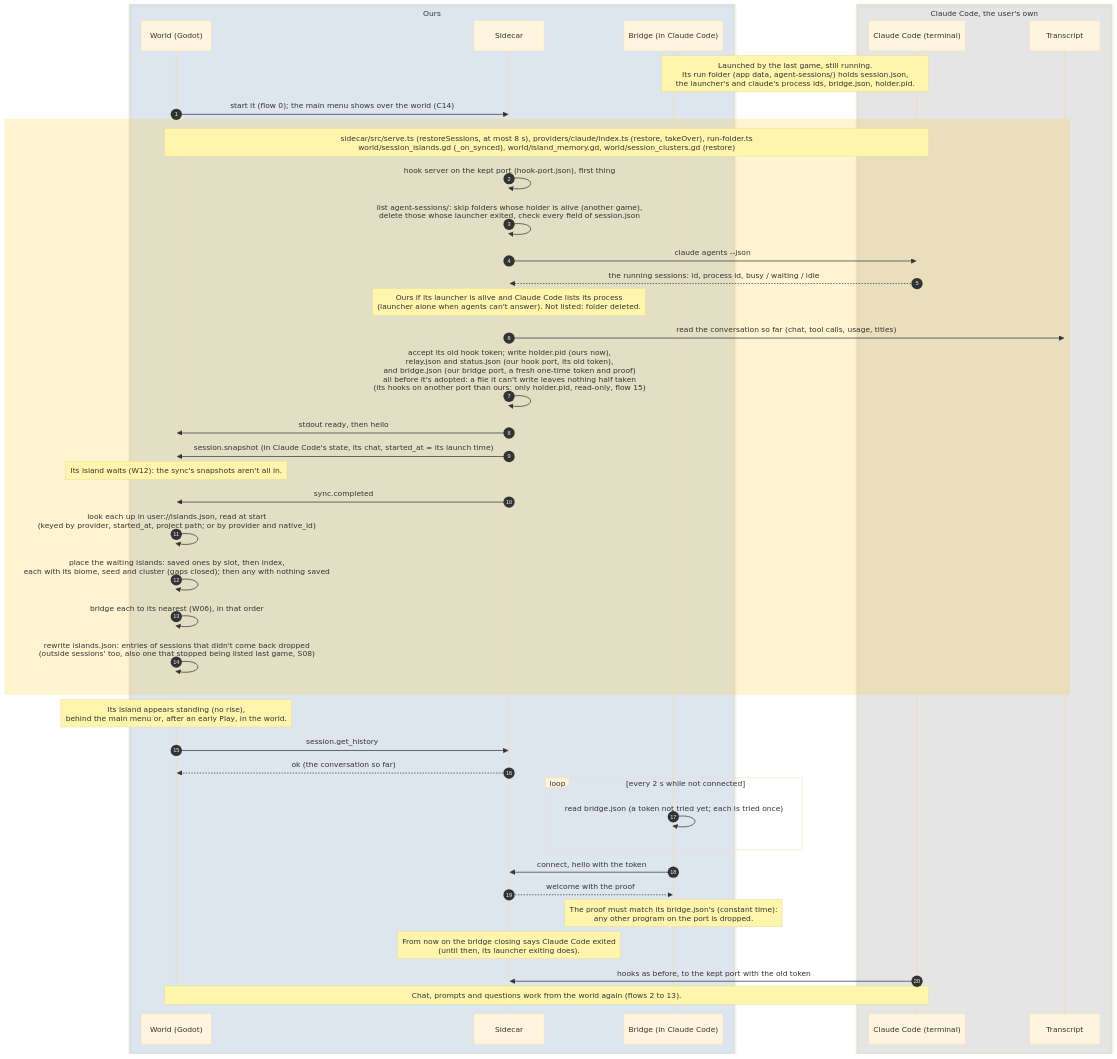
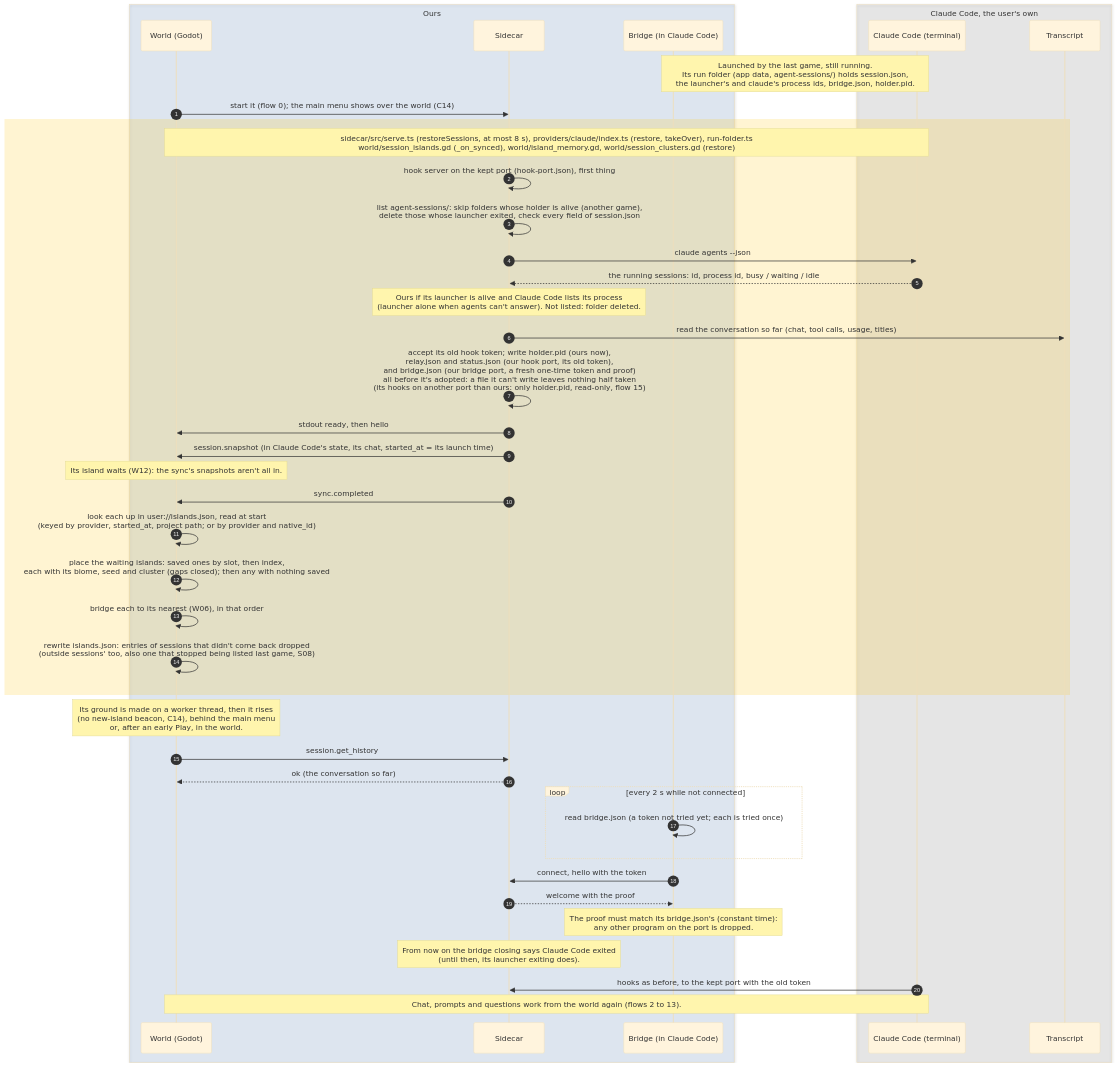
The diagram in docs/diagrams/sequence/14-reattach-after-restart.md (PaoloPortugal/The-Beach), drawn with Mermaid (base theme) before and after one commit. The commit also changed 8 other files, not shown here.

Commit message:
Docs: C14 live check passed, its three findings fixed (NOTES W01, W04, S07, S08, C14, Current focus; GUIDE; flows 0, 14, 16 and the flows index; dev log); re-check checklist

````diff
--- a/docs/diagrams/sequence/14-reattach-after-restart.md
+++ b/docs/diagrams/sequence/14-reattach-after-restart.md
@@ -8,48 +8,48 @@
 ```mermaid
 sequenceDiagram
     autonumber
 
     box rgba(47,111,191,0.12) Ours
         participant World as World (Godot)
         participant Sidecar
         participant Bridge as Bridge (in Claude Code)
     end
 
     box rgba(128,128,128,0.14) Claude Code, the user's own
         participant Claude as Claude Code (terminal)
         participant Log as Transcript
     end
 
     Note over Claude,Bridge: Launched by the last game, still running.<br/>Its run folder (app data, agent-sessions/) holds session.json,<br/>the launcher's and claude's process ids, bridge.json, holder.pid.
     World->>Sidecar: start it (flow 0)#59; the main menu shows over the world (C14)
     rect rgba(255,193,7,0.18)
         Note over World,Claude: sidecar/src/serve.ts (restoreSessions, at most 8 s), providers/claude/index.ts (restore, takeOver), run-folder.ts<br/>world/session_islands.gd (_on_synced), world/island_memory.gd, world/session_clusters.gd (restore)
         Sidecar->>Sidecar: hook server on the kept port (hook-port.json), first thing
         Sidecar->>Sidecar: list agent-sessions/: skip folders whose holder is alive (another game),<br/>delete those whose launcher exited, check every field of session.json
         Sidecar->>Claude: claude agents --json
         Claude-->>Sidecar: the running sessions: id, process id, busy / waiting / idle
         Note over Sidecar: Ours if its launcher is alive and Claude Code lists its process<br/>(launcher alone when agents can't answer). Not listed: folder deleted.
         Sidecar->>Log: read the conversation so far (chat, tool calls, usage, titles)
         Sidecar->>Sidecar: accept its old hook token#59; write holder.pid (ours now),<br/>relay.json and status.json (our hook port, its old token),<br/>and bridge.json (our bridge port, a fresh one-time token and proof)<br/>all before it's adopted: a file it can't write leaves nothing half taken<br/>(its hooks on another port than ours: only holder.pid, read-only, flow 15)
         Sidecar->>World: stdout ready, then hello
         Sidecar->>World: session.snapshot (in Claude Code's state, its chat, started_at = its launch time)
         Note over World: Its island waits (W12): the sync's snapshots aren't all in.
         Sidecar->>World: sync.completed
         World->>World: look each up in user://islands.json, read at start<br/>(keyed by provider, started_at, project path#59; or by provider and native_id)
         World->>World: place the waiting islands: saved ones by slot, then index,<br/>each with its biome, seed and cluster (gaps closed)#59; then any with nothing saved
         World->>World: bridge each to its nearest (W06), in that order
         World->>World: rewrite islands.json: entries of sessions that didn't come back dropped<br/>(outside sessions' too, also one that stopped being listed last game, S08)
     end
-    Note over World: Its island appears standing (no rise),<br/>behind the main menu or, after an early Play, in the world.
+    Note over World: Its ground is made on a worker thread, then it rises<br/>(no new-island beacon, C14), behind the main menu<br/>or, after an early Play, in the world.
     World->>Sidecar: session.get_history
     Sidecar-->>World: ok (the conversation so far)
     loop every 2 s while not connected
         Bridge->>Bridge: read bridge.json (a token not tried yet#59; each is tried once)
     end
     Bridge->>Sidecar: connect, hello with the token
     Sidecar-->>Bridge: welcome with the proof
     Note over Bridge: The proof must match its bridge.json's (constant time):<br/>any other program on the port is dropped.
     Note over Sidecar: From now on the bridge closing says Claude Code exited<br/>(until then, its launcher exiting does).
     Claude->>Sidecar: hooks as before, to the kept port with the old token
     Note over World,Claude: Chat, prompts and questions work from the world again (flows 2 to 13).
 ```
````
